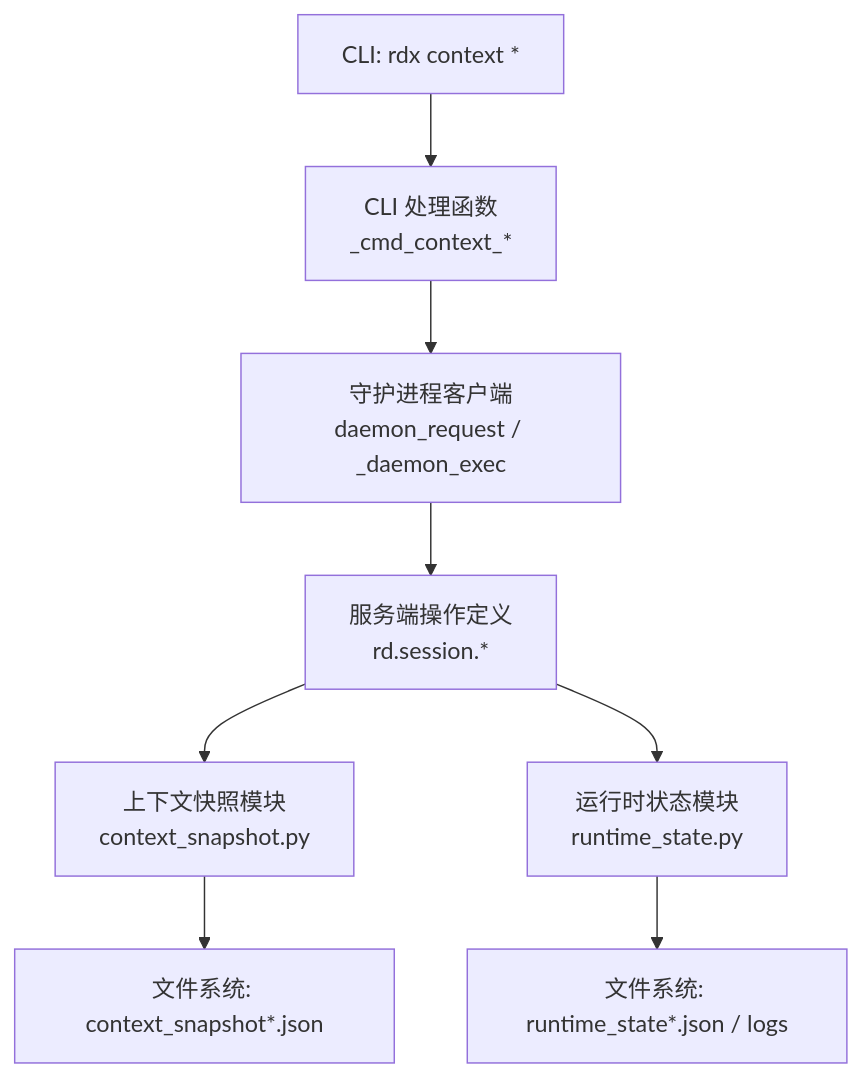
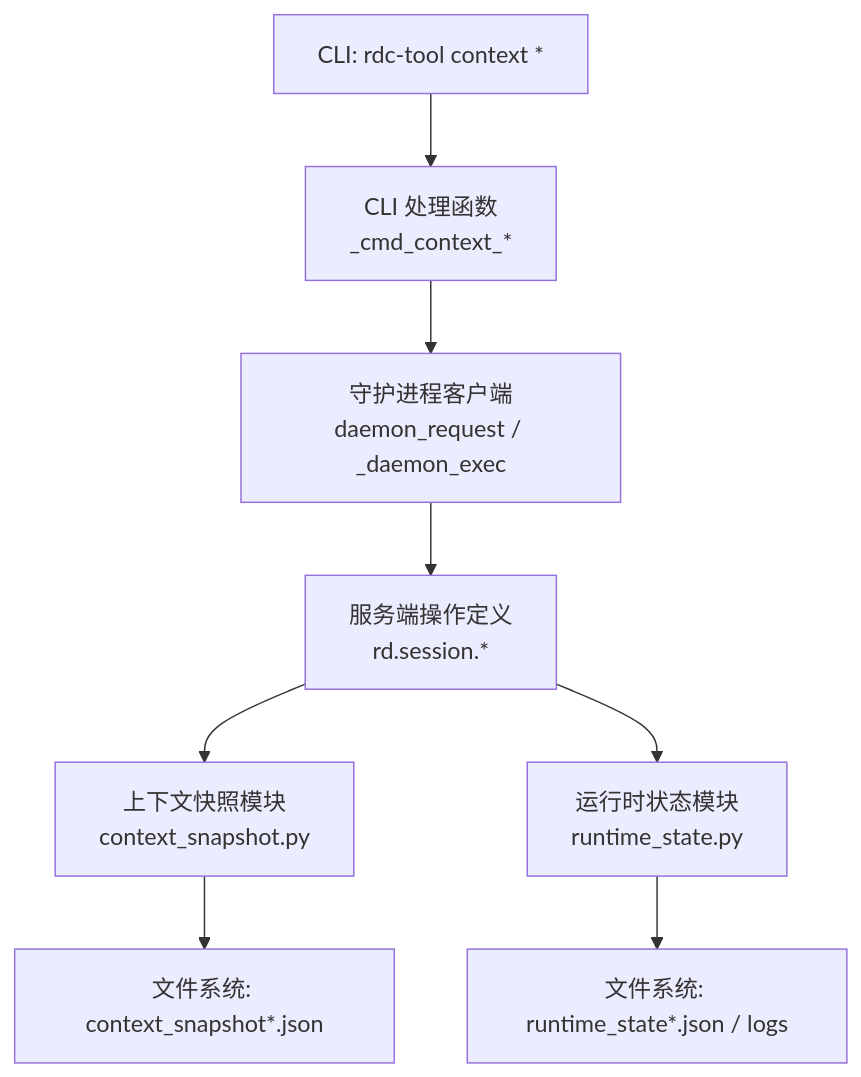
One commit to haolange/RDC-Tool changed the first of 7 diagrams in .qoder/repowiki/zh/content/CLI参考手册/上下文管理命令.md. Above: the diagram before and after it, drawn with Mermaid. The commit also changed other lines of this file and 388 other files, not shown here.

First line of the commit message:
Release RDC-Tool identity and public maintenance surface

````diff
--- a/.qoder/repowiki/zh/content/CLI参考手册/上下文管理命令.md
+++ b/.qoder/repowiki/zh/content/CLI参考手册/上下文管理命令.md
@@ -40,10 +40,10 @@
 ```mermaid
 graph TB
-A["CLI: rdx context *"] --> B["CLI 处理函数<br/>_cmd_context_*"]
+A["CLI: rdc-tool context *"] --> B["CLI 处理函数<br/>_cmd_context_*"]
 B --> C["守护进程客户端<br/>daemon_request / _daemon_exec"]
 C --> D["服务端操作定义<br/>rd.session.*"]
 D --> E["上下文快照模块<br/>context_snapshot.py"]
 D --> F["运行时状态模块<br/>runtime_state.py"]
 E --> G["文件系统: context_snapshot*.json"]
 F --> H["文件系统: runtime_state*.json / logs"]
 ```
````
